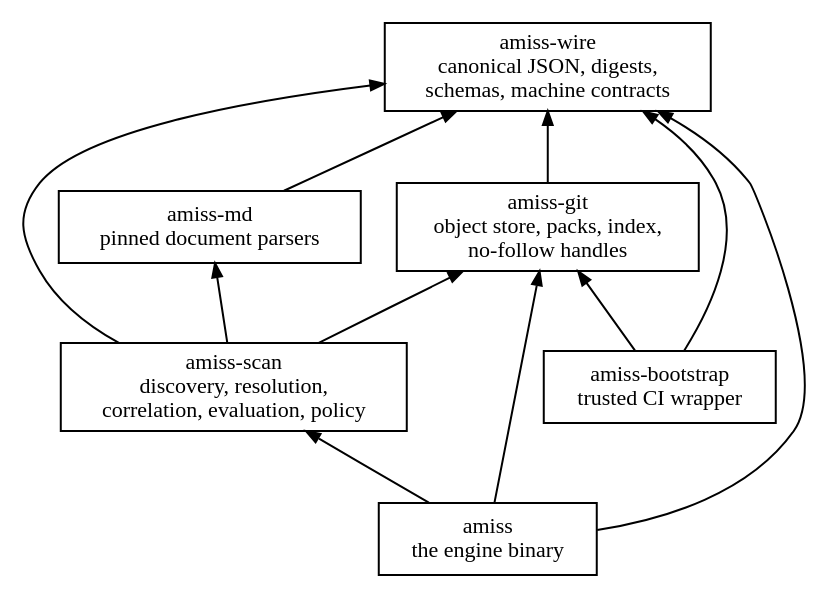
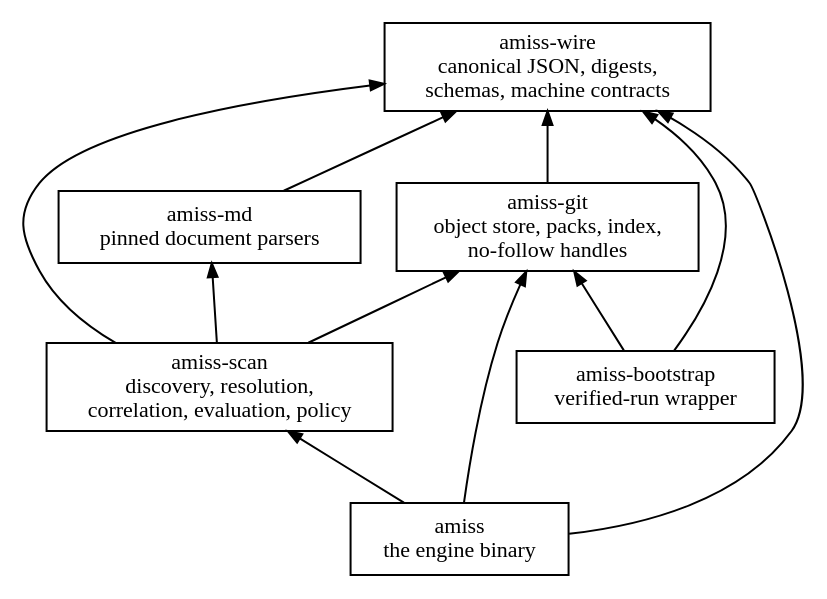
Before and after one commit to HardMax71/amiss: the first of 2 diagrams in docs/src/architecture.md, drawn with Graphviz. The commit also changed other lines of this file and 27 other files, not shown here.

Commit message:
docs: align roadmap and release checks

````diff
--- a/docs/src/architecture.md
+++ b/docs/src/architecture.md
@@ -5,23 +5,23 @@
 ```dot process
 digraph amiss {
   rankdir = BT;
   node [shape = box, fontname = "Latin Modern, Georgia, serif", fontsize = 11];
   edge [arrowsize = 0.7];
   wire  [label = "amiss-wire\ncanonical JSON, digests,\nschemas, machine contracts"];
   git   [label = "amiss-git\nobject store, packs, index,\nno-follow handles"];
   md    [label = "amiss-md\npinned document parsers"];
   scan  [label = "amiss-scan\ndiscovery, resolution,\ncorrelation, evaluation, policy"];
   cli   [label = "amiss\nthe engine binary"];
-  boot  [label = "amiss-bootstrap\ntrusted CI wrapper"];
+  boot  [label = "amiss-bootstrap\nverified-run wrapper"];
   git -> wire;
   md -> wire;
   scan -> git;
   scan -> md;
   scan -> wire;
   cli -> scan;
   cli -> git;
   cli -> wire;
   boot -> git;
   boot -> wire;
 }
 ```
````
